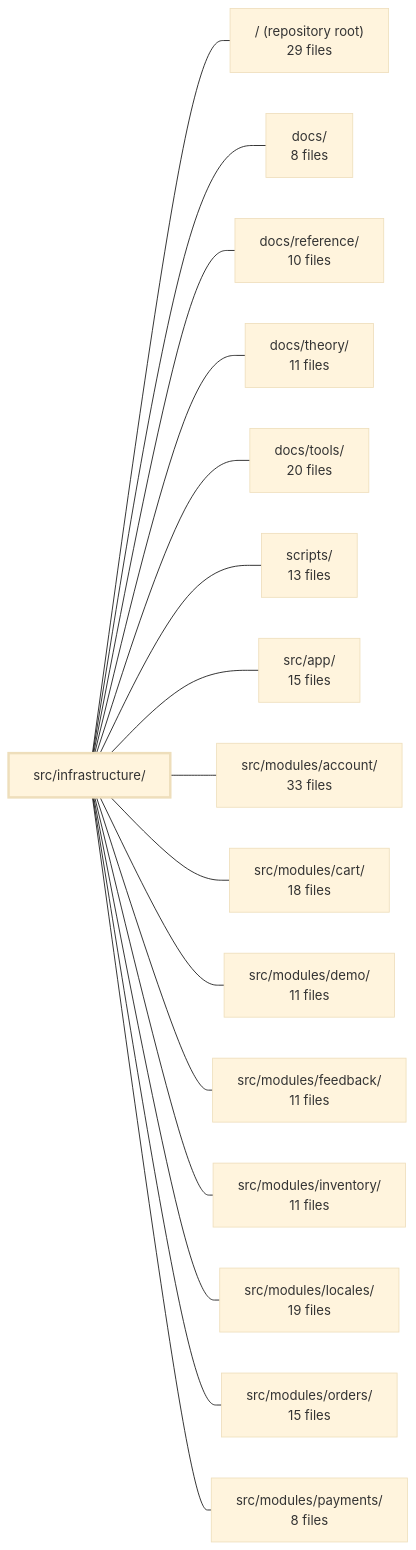
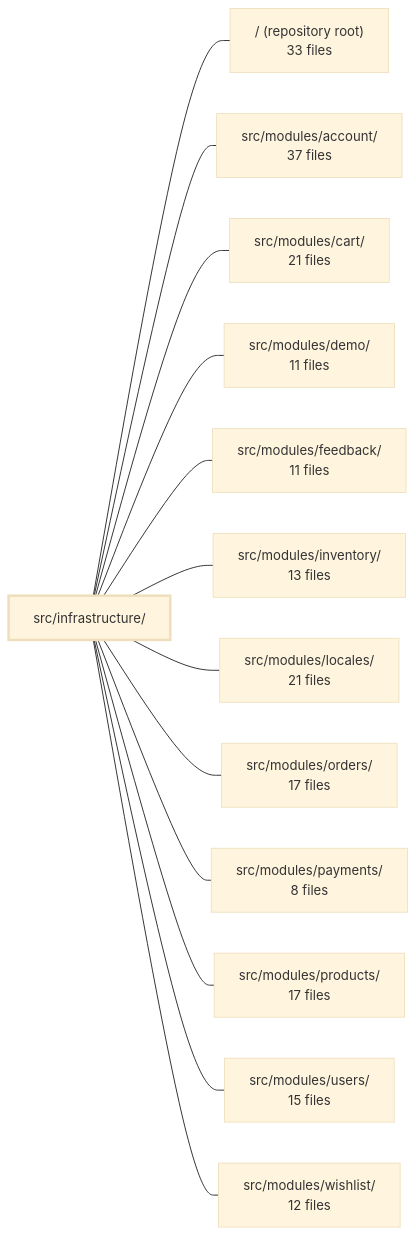
One commit to Guebbit/boilerplate-vue-frontend changed the diagram in .2repo/modules/boilerplate-vue-frontend_src_infrastructure.md. Above: the diagram before and after it, drawn with Mermaid (base theme). The commit also changed other lines of this file and 335 other files, not shown here.

````diff
--- a/.2repo/modules/boilerplate-vue-frontend_src_infrastructure.md
+++ b/.2repo/modules/boilerplate-vue-frontend_src_infrastructure.md
@@ -41,35 +52,29 @@
 ```mermaid
 flowchart LR
     m_src_infrastructure["src/infrastructure/"]
-    m_root["/ (repository root)<br/>29 files"]
-    m_docs["docs/<br/>8 files"]
-    m_docs_reference["docs/reference/<br/>10 files"]
-    m_docs_theory["docs/theory/<br/>11 files"]
-    m_docs_tools["docs/tools/<br/>20 files"]
-    m_scripts["scripts/<br/>13 files"]
-    m_src_app["src/app/<br/>15 files"]
-    m_src_modules_account["src/modules/account/<br/>33 files"]
-    m_src_modules_cart["src/modules/cart/<br/>18 files"]
+    m_root["/ (repository root)<br/>33 files"]
+    m_src_modules_account["src/modules/account/<br/>37 files"]
+    m_src_modules_cart["src/modules/cart/<br/>21 files"]
     m_src_modules_demo["src/modules/demo/<br/>11 files"]
     m_src_modules_feedback["src/modules/feedback/<br/>11 files"]
-    m_src_modules_inventory["src/modules/inventory/<br/>11 files"]
-    m_src_modules_locales["src/modules/locales/<br/>19 files"]
-    m_src_modules_orders["src/modules/orders/<br/>15 files"]
+    m_src_modules_inventory["src/modules/inventory/<br/>13 files"]
+    m_src_modules_locales["src/modules/locales/<br/>21 files"]
+    m_src_modules_orders["src/modules/orders/<br/>17 files"]
     m_src_modules_payments["src/modules/payments/<br/>8 files"]
+    m_src_modules_products["src/modules/products/<br/>17 files"]
+    m_src_modules_users["src/modules/users/<br/>15 files"]
+    m_src_modules_wishlist["src/modules/wishlist/<br/>12 files"]
     m_src_infrastructure --- m_root
-    m_src_infrastructure --- m_docs
-    m_src_infrastructure --- m_docs_reference
-    m_src_infrastructure --- m_docs_theory
-    m_src_infrastructure --- m_docs_tools
-    m_src_infrastructure --- m_scripts
-    m_src_infrastructure --- m_src_app
     m_src_infrastructure --- m_src_modules_account
     m_src_infrastructure --- m_src_modules_cart
     m_src_infrastructure --- m_src_modules_demo
     m_src_infrastructure --- m_src_modules_feedback
     m_src_infrastructure --- m_src_modules_inventory
     m_src_infrastructure --- m_src_modules_locales
     m_src_infrastructure --- m_src_modules_orders
     m_src_infrastructure --- m_src_modules_payments
+    m_src_infrastructure --- m_src_modules_products
+    m_src_infrastructure --- m_src_modules_users
+    m_src_infrastructure --- m_src_modules_wishlist
     style m_src_infrastructure stroke-width:3px
 ```
````
